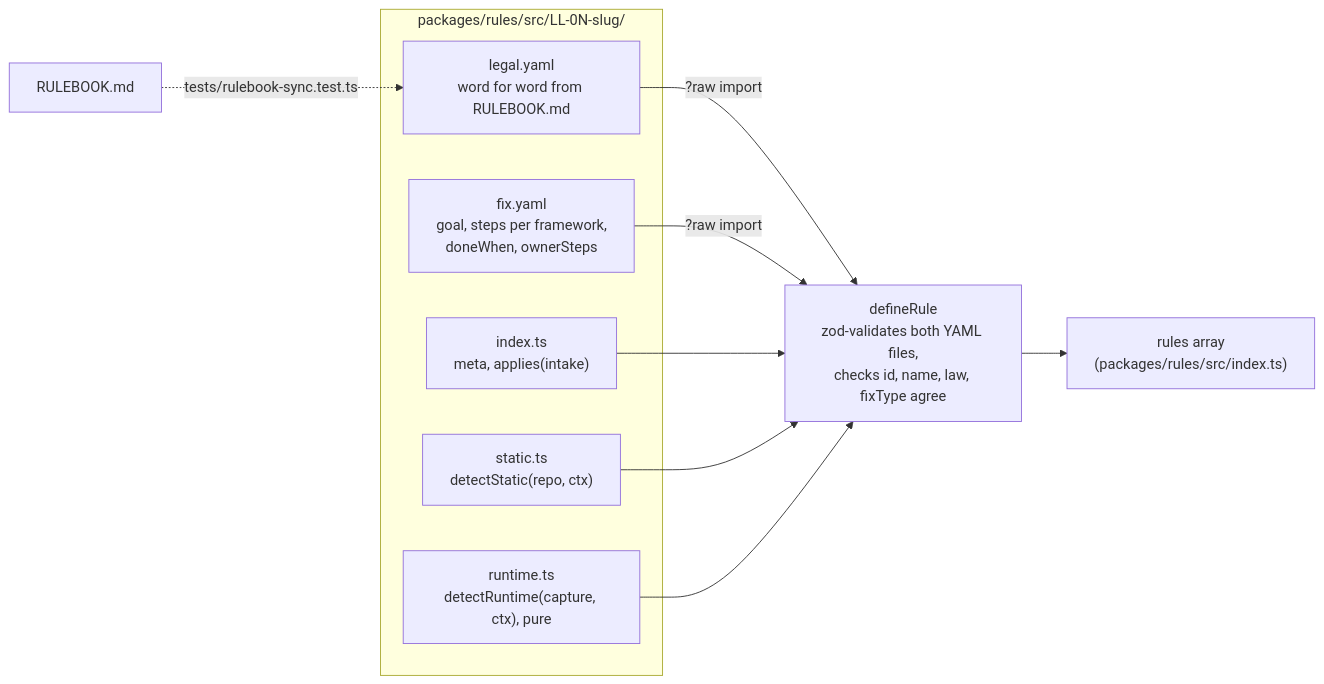
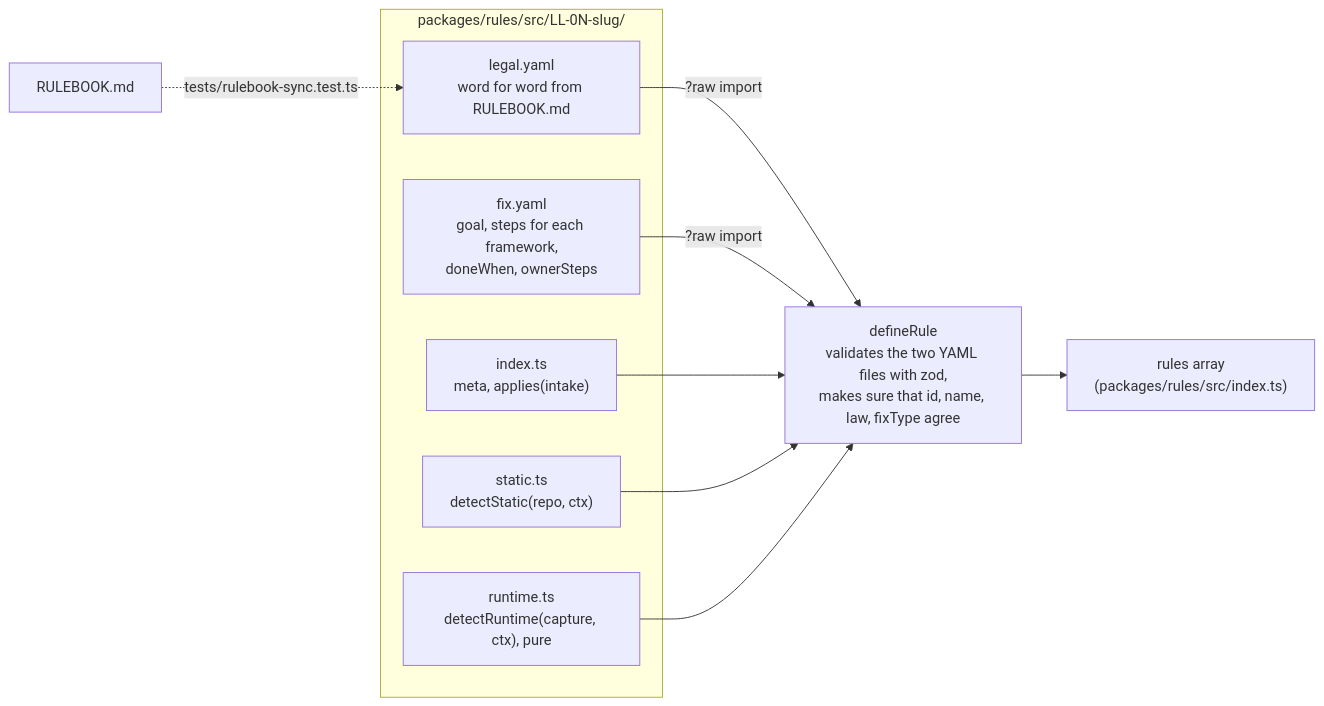
Diagram 12 of 13 in docs/architecture.md (raghavg27/legal-linter), drawn with Mermaid before and after one commit. The commit also changed other lines of this file and 7 other files, not shown here.

Commit message:
docs: rewrite README, CLAUDE.md, contributor docs and architecture diagrams in ASD-STE100 style

````diff
--- a/docs/architecture.md
+++ b/docs/architecture.md
@@ -292,17 +292,17 @@
 ```mermaid
 flowchart LR
   subgraph folder["packages/rules/src/LL-0N-slug/"]
     idx["index.ts<br/>meta, applies(intake)"]
     legal["legal.yaml<br/>word for word from RULEBOOK.md"]
-    fixy["fix.yaml<br/>goal, steps per framework,<br/>doneWhen, ownerSteps"]
+    fixy["fix.yaml<br/>goal, steps for each framework,<br/>doneWhen, ownerSteps"]
     st["static.ts<br/>detectStatic(repo, ctx)"]
     rt["runtime.ts<br/>detectRuntime(capture, ctx), pure"]
   end
-  legal -->|"?raw import"| def["defineRule<br/>zod-validates both YAML files,<br/>checks id, name, law, fixType agree"]
+  legal -->|"?raw import"| def["defineRule<br/>validates the two YAML files with zod,<br/>makes sure that id, name, law, fixType agree"]
   fixy -->|"?raw import"| def
   idx --> def
   st --> def
   rt --> def
   def --> arr["rules array<br/>(packages/rules/src/index.ts)"]
   book["RULEBOOK.md"] -.->|"tests/rulebook-sync.test.ts"| legal
 ```
````
